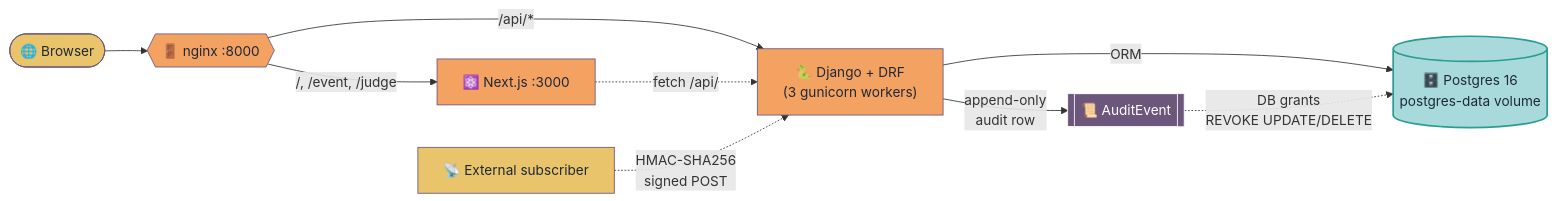
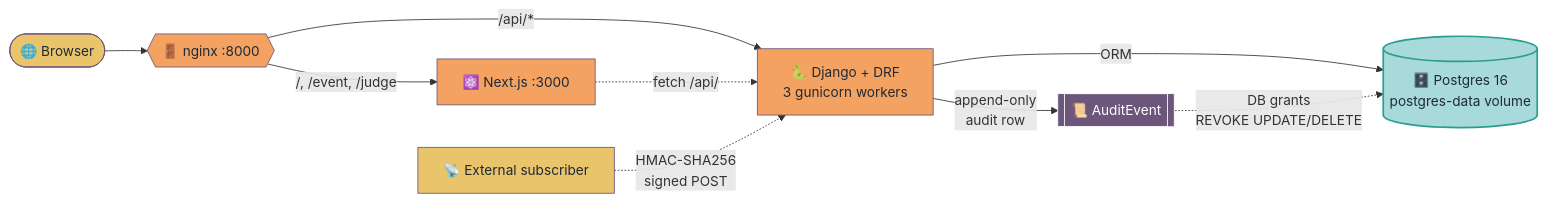
One commit to choksi2212/dogfood-hackathon changed the diagram in ARCHITECTURE.md. Above: the diagram before and after it, drawn with Mermaid. The commit also changed 20 other files, not shown here.

First line of the commit message:
Fix mermaid parse errors across 21 docs

````diff
--- a/ARCHITECTURE.md
+++ b/ARCHITECTURE.md
@@ -32,16 +32,16 @@
 ```mermaid
 flowchart LR
     Browser(["🌐 Browser"]):::yellow --> Nginx{{"🚪 nginx :8000"}}:::orange
-    Nginx -->|"/api/*"| Django["🐍 Django + DRF<br/>(3 gunicorn workers)"]:::orange
-    Nginx -->|"/, /event, /judge"| Next["⚛️ Next.js :3000"]:::orange
-    Django -->|ORM| DB[("🗄️ Postgres 16<br/>postgres-data volume")]:::blue
+    Nginx -- "/api/*" --> Django["🐍 Django + DRF<br/>3 gunicorn workers"]:::orange
+    Nginx -- "/, /event, /judge" --> Next["⚛️ Next.js :3000"]:::orange
+    Django -- ORM --> DB[("🗄️ Postgres 16<br/>postgres-data volume")]:::blue
     Next -. "fetch /api/" .-> Django
     Webhook["📡 External subscriber"]:::yellow -. "HMAC-SHA256<br/>signed POST" .-> Django
     Django -- "append-only<br/>audit row" --> Audit[["📜 AuditEvent"]]:::violet
     Audit -. "DB grants<br/>REVOKE UPDATE/DELETE" .-> DB
 
     classDef orange fill:#F4A261,stroke:#6C567B,stroke-width:1px,color:#1f2937
     classDef yellow fill:#E9C46A,stroke:#6C567B,stroke-width:1px,color:#1f2937
     classDef blue fill:#A8DADC,stroke:#2A9D8F,stroke-width:2px,color:#1f2937
     classDef violet fill:#6C567B,stroke:#ffffff,stroke-width:1px,color:#ffffff
 ```
````
